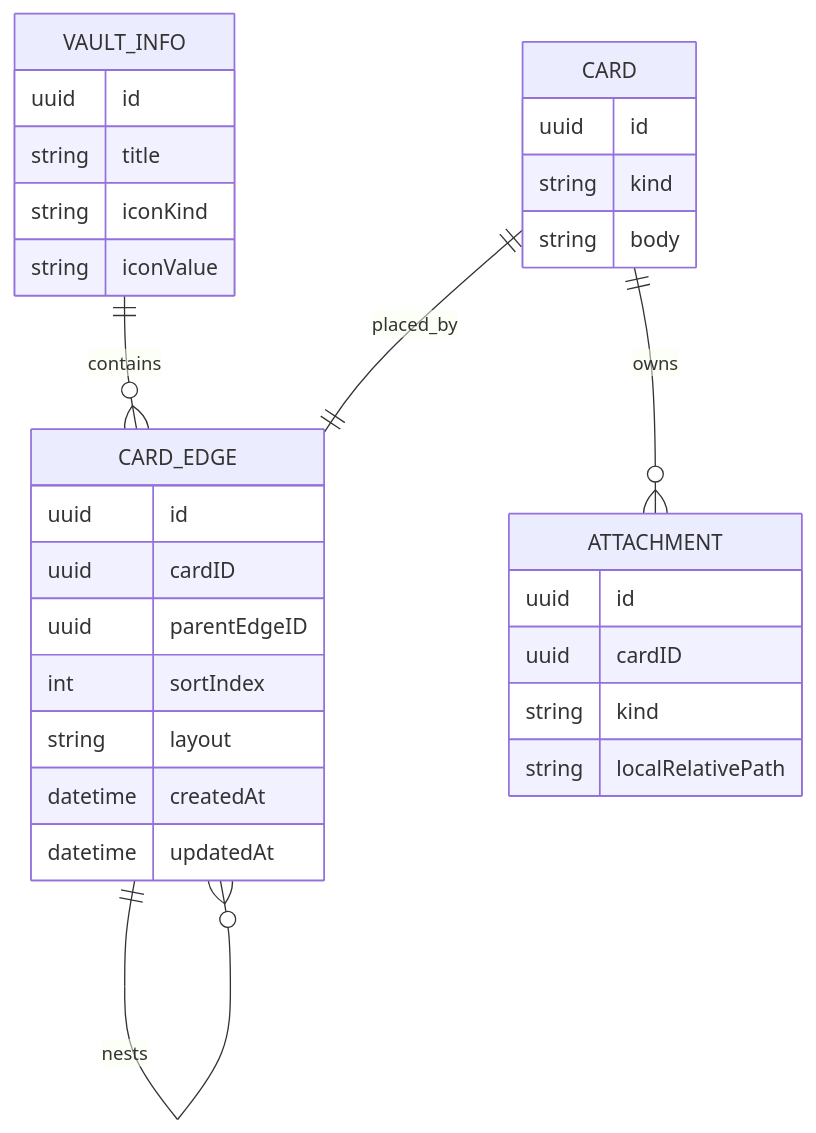
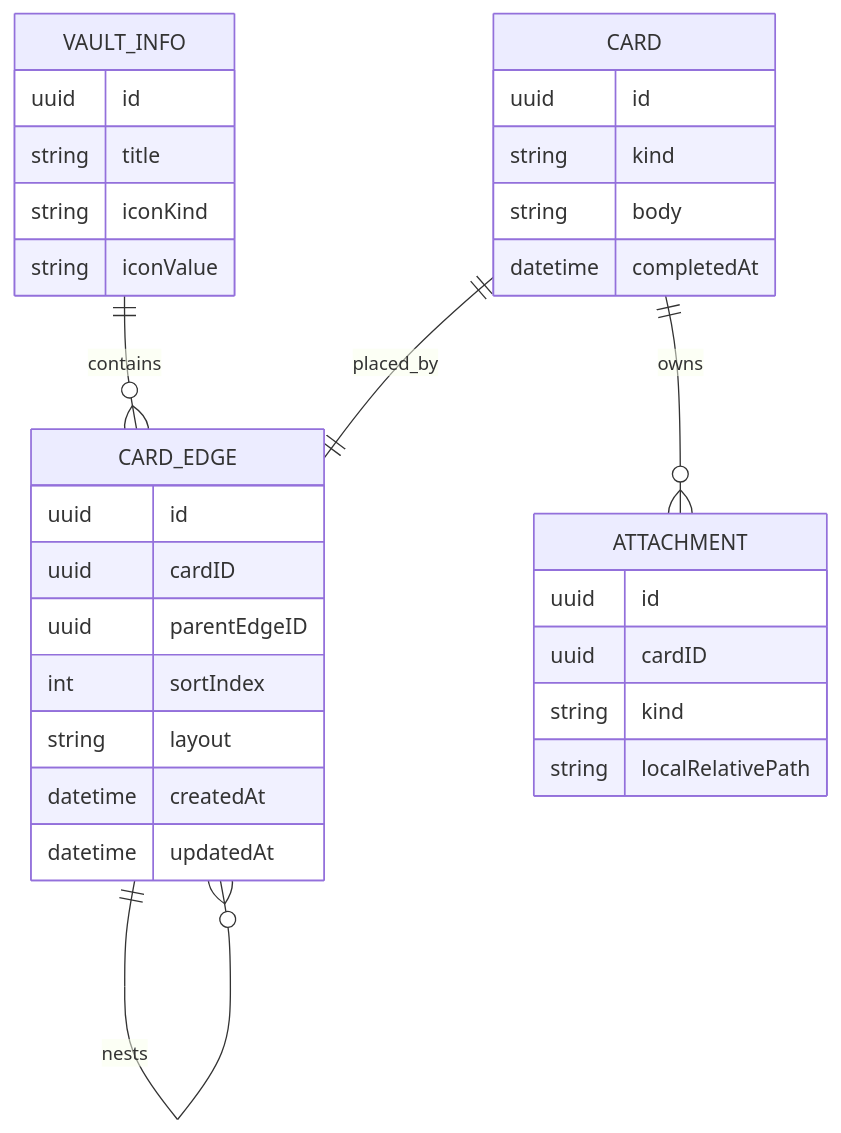
Before and after one commit to muukii/MuApps: the eighth of 9 diagrams in Apps/Journal/docs/VAULT_SYNC_DESIGN.md, drawn with Mermaid. The commit also changed other lines of this file and 29 other files, not shown here.

````diff
--- a/Apps/Journal/docs/VAULT_SYNC_DESIGN.md
+++ b/Apps/Journal/docs/VAULT_SYNC_DESIGN.md
@@ -565,37 +566,38 @@
 ```mermaid
 erDiagram
   VAULT_INFO ||--o{ CARD_EDGE : contains
   CARD_EDGE ||--o{ CARD_EDGE : nests
   CARD ||--|| CARD_EDGE : placed_by
   CARD ||--o{ ATTACHMENT : owns
 
   VAULT_INFO {
     uuid id
     string title
     string iconKind
     string iconValue
   }
 
   CARD_EDGE {
     uuid id
     uuid cardID
     uuid parentEdgeID
     int sortIndex
     string layout
     datetime createdAt
     datetime updatedAt
   }
 
   CARD {
     uuid id
     string kind
     string body
+    datetime completedAt
   }
 
   ATTACHMENT {
     uuid id
     uuid cardID
     string kind
     string localRelativePath
   }
 ```
````
